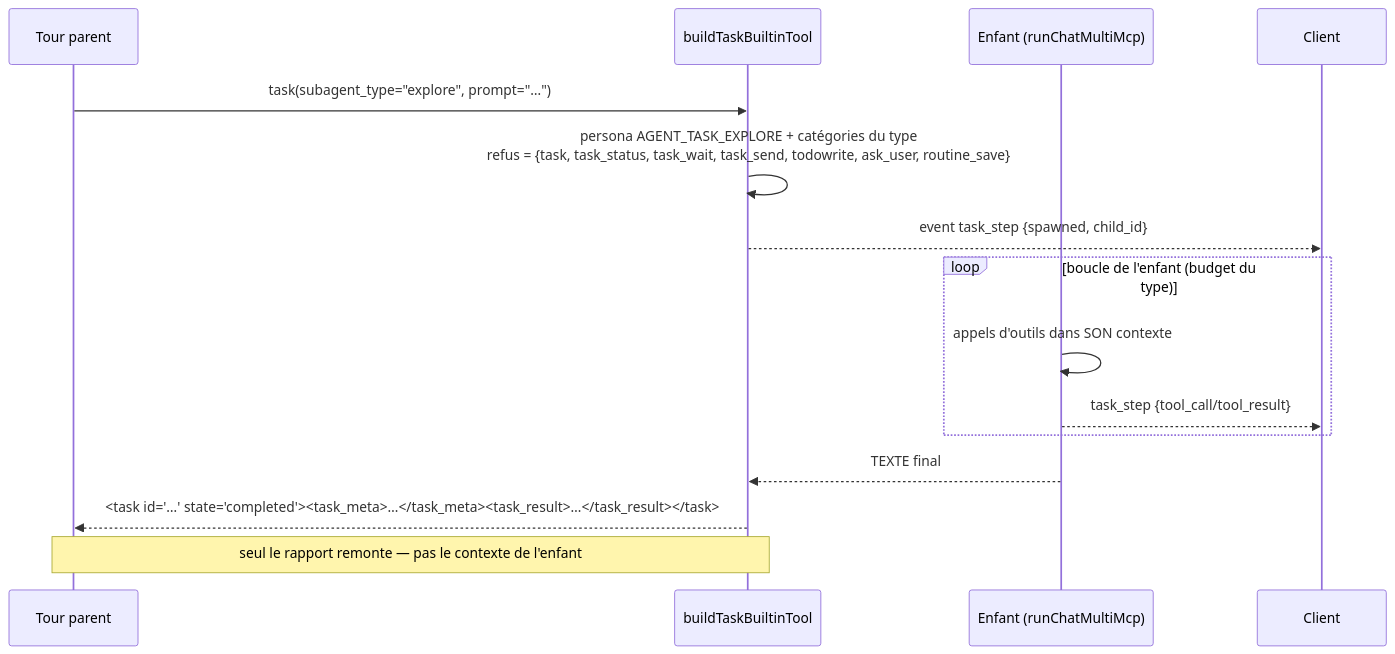
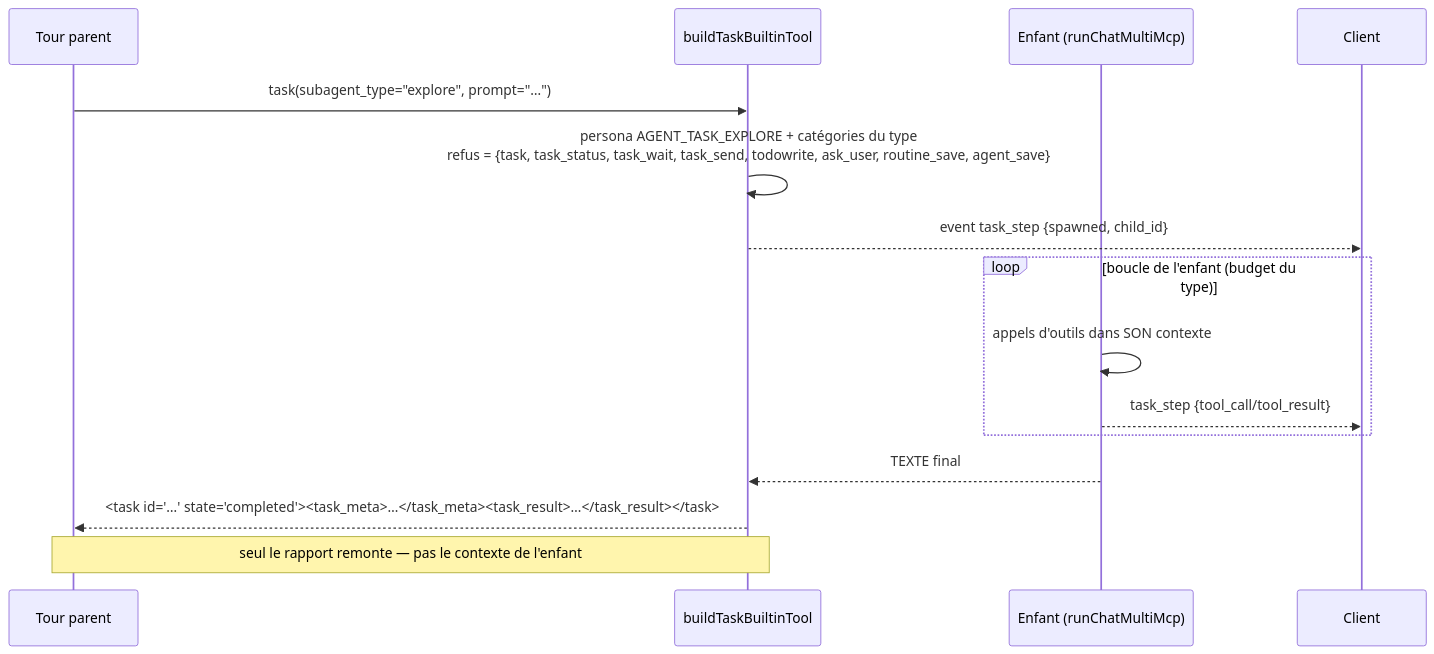
Before and after one commit to toto-fou/Elpis: diagram 12 of 16 in docs/architecture.md, drawn with Mermaid. The commit also changed other lines of this file and 21 other files, not shown here.

````diff
--- a/docs/architecture.md
+++ b/docs/architecture.md
@@ -1311,17 +1311,17 @@
 ```mermaid
 sequenceDiagram
     participant P as Tour parent
     participant T as buildTaskBuiltinTool
     participant E as Enfant (runChatMultiMcp)
     participant C as Client
     P->>T: task(subagent_type="explore", prompt="…")
-    T->>T: persona AGENT_TASK_EXPLORE + catégories du type<br/>refus = {task, task_status, task_wait, task_send, todowrite, ask_user, routine_save}
+    T->>T: persona AGENT_TASK_EXPLORE + catégories du type<br/>refus = {task, task_status, task_wait, task_send, todowrite, ask_user, routine_save, agent_save}
     T-->>C: event task_step {spawned, child_id}
     loop boucle de l'enfant (budget du type)
         E->>E: appels d'outils dans SON contexte
         E-->>C: task_step {tool_call/tool_result}
     end
     E-->>T: TEXTE final
     T-->>P: <task id="…" state="completed"><task_meta>…</task_meta><task_result>…</task_result></task>
     Note over T,P: seul le rapport remonte — pas le contexte de l'enfant
 ```
````
